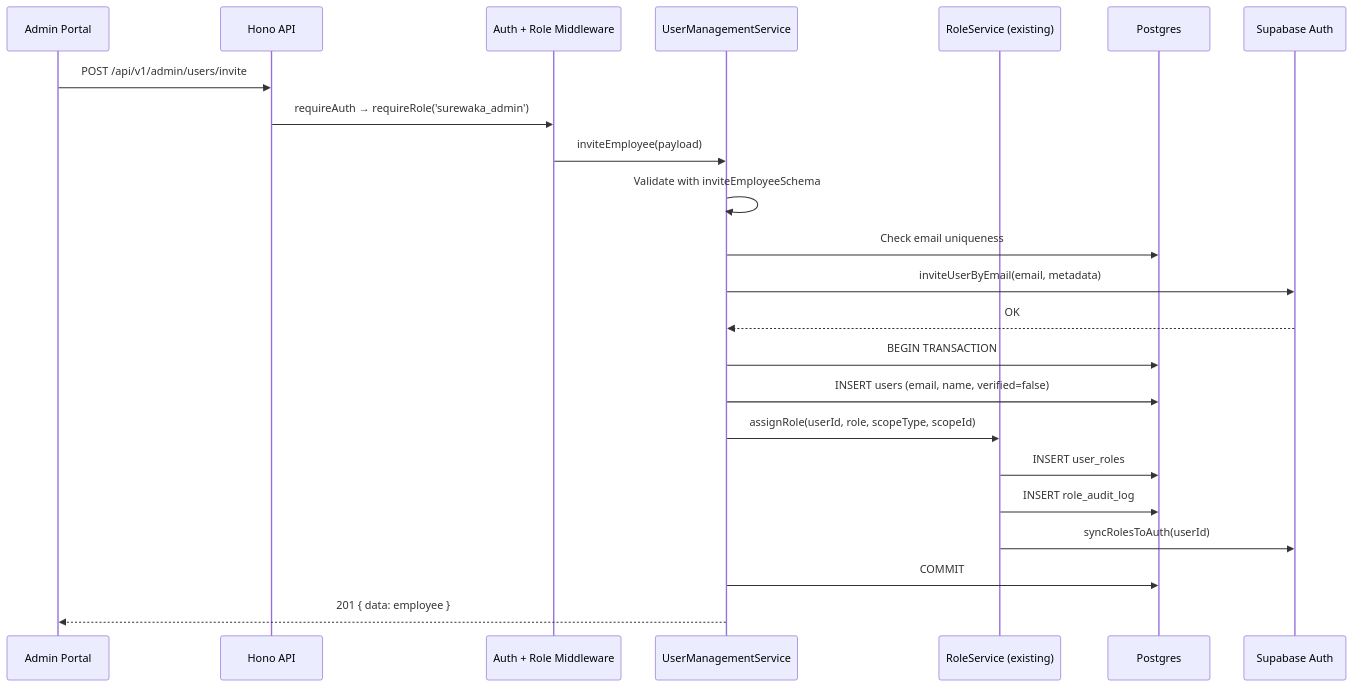
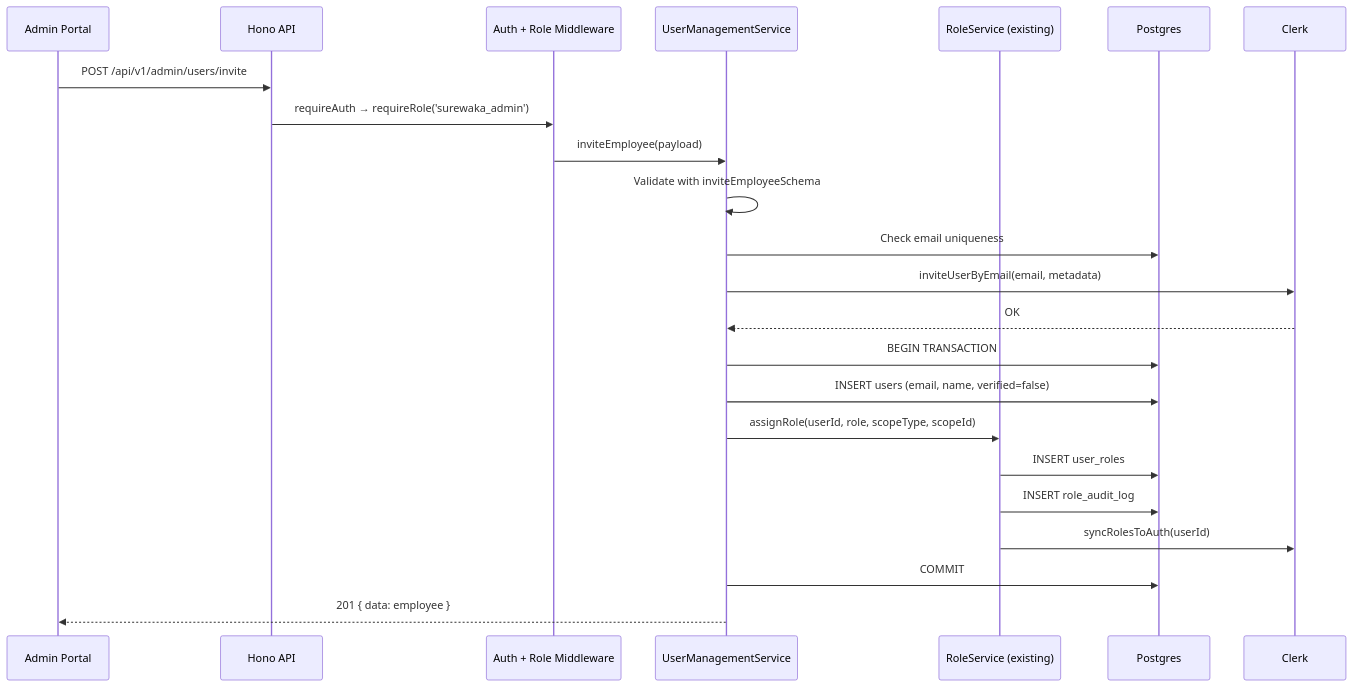
One commit to eteng/surewaka changed the second of 2 diagrams in .kiro/specs/admin-user-management/design.md. Above: the diagram before and after it, drawn with Mermaid. The commit also changed other lines of this file and 69 other files, not shown here.

````diff
--- a/.kiro/specs/admin-user-management/design.md
+++ b/.kiro/specs/admin-user-management/design.md
@@ -62,26 +62,26 @@
 ```mermaid
 sequenceDiagram
     participant Admin as Admin Portal
     participant API as Hono API
     participant MW as Auth + Role Middleware
     participant UMS as UserManagementService
     participant RS as RoleService (existing)
     participant DB as Postgres
-    participant Supa as Supabase Auth
+    participant Supa as Clerk
 
     Admin->>API: POST /api/v1/admin/users/invite
     API->>MW: requireAuth → requireRole('surewaka_admin')
     MW->>UMS: inviteEmployee(payload)
     UMS->>UMS: Validate with inviteEmployeeSchema
     UMS->>DB: Check email uniqueness
     UMS->>Supa: inviteUserByEmail(email, metadata)
     Supa-->>UMS: OK
     UMS->>DB: BEGIN TRANSACTION
     UMS->>DB: INSERT users (email, name, verified=false)
     UMS->>RS: assignRole(userId, role, scopeType, scopeId)
     RS->>DB: INSERT user_roles
     RS->>DB: INSERT role_audit_log
     RS->>Supa: syncRolesToAuth(userId)
     UMS->>DB: COMMIT
     UMS-->>Admin: 201 { data: employee }
 ```
````
